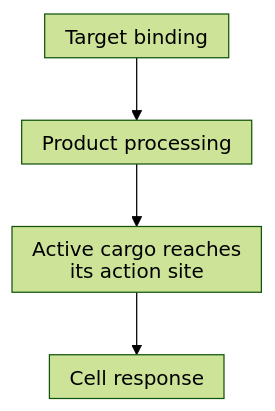
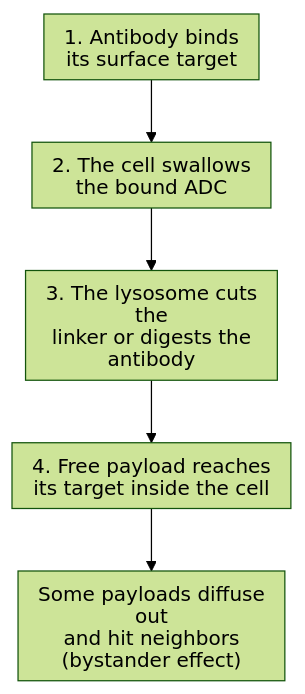
The diagram in wiki/education/concepts/therapeutics/antibody-based/antibody-drug-conjugate.md (jasonLaster/oncoguide), drawn with Mermaid (forest theme) before and after one commit. The commit also changed other lines of this file and 322 other files, not shown here.

````diff
--- a/wiki/education/concepts/therapeutics/antibody-based/antibody-drug-conjugate.md
+++ b/wiki/education/concepts/therapeutics/antibody-based/antibody-drug-conjugate.md
@@ -48,7 +42,8 @@
 ```mermaid
 %%{init: {"htmlLabels":false,"flowchart":{"htmlLabels":false,"padding":8,"nodeSpacing":25}}}%%
 flowchart TD
- A["Target binding"] --> B["Product processing"]
- B --> C["Active cargo reaches<br/>its action site"]
- C --> D["Cell response"]
+ A["1. Antibody binds<br/>its surface target"] --> B["2. The cell swallows<br/>the bound ADC"]
+ B --> C["3. The lysosome cuts the<br/>linker or digests the antibody"]
+ C --> D["4. Free payload reaches<br/>its target inside the cell"]
+ D --> E["Some payloads diffuse out<br/>and hit neighbors (bystander effect)"]
 ```
````
